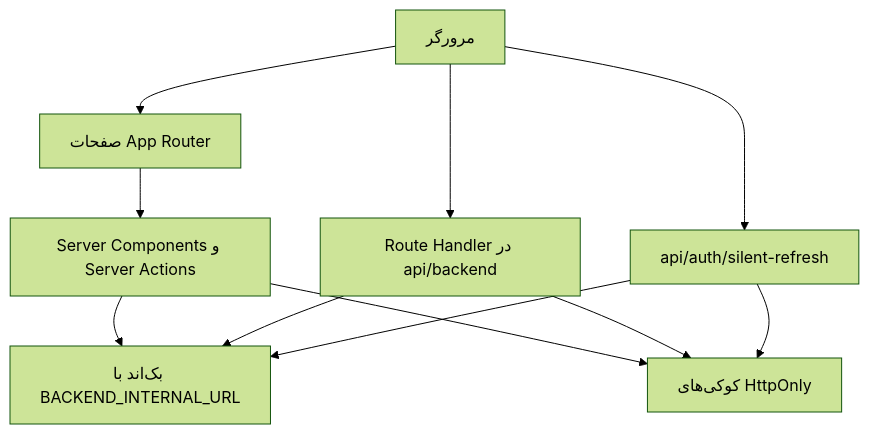
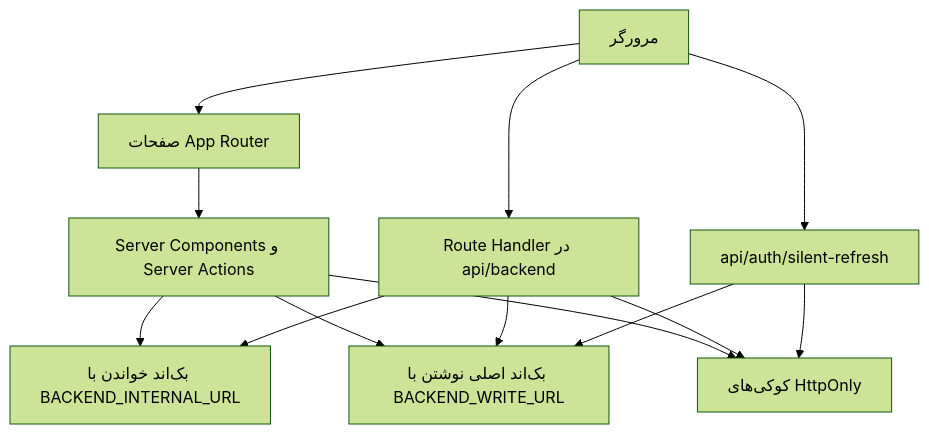
Before and after one commit to farapeyk/front-iran-plaza: the diagram in docs/ARCHITECTURE.md, drawn with Mermaid (forest theme). The commit also changed other lines of this file and 20 other files, not shown here.

Commit message:
fix(proxy): preserve visitor identity and primary writes

````diff
--- a/docs/ARCHITECTURE.md
+++ b/docs/ARCHITECTURE.md
@@ -47,13 +47,15 @@
 ```mermaid
 flowchart TD
   Browser[مرورگر] --> Pages[صفحات App Router]
   Pages --> Server[Server Components و Server Actions]
-  Server --> Backend[بک‌اند با BACKEND_INTERNAL_URL]
+  Server --> Backend[بک‌اند خواندن با BACKEND_INTERNAL_URL]
+  Server --> Primary[بک‌اند اصلی نوشتن با BACKEND_WRITE_URL]
   Browser --> Proxy[Route Handler در api/backend]
   Proxy --> Backend
+  Proxy --> Primary
   Browser --> Refresh[api/auth/silent-refresh]
-  Refresh --> Backend
+  Refresh --> Primary
   Server --> Cookies[کوکی‌های HttpOnly]
   Proxy --> Cookies
   Refresh --> Cookies
 ```
````
